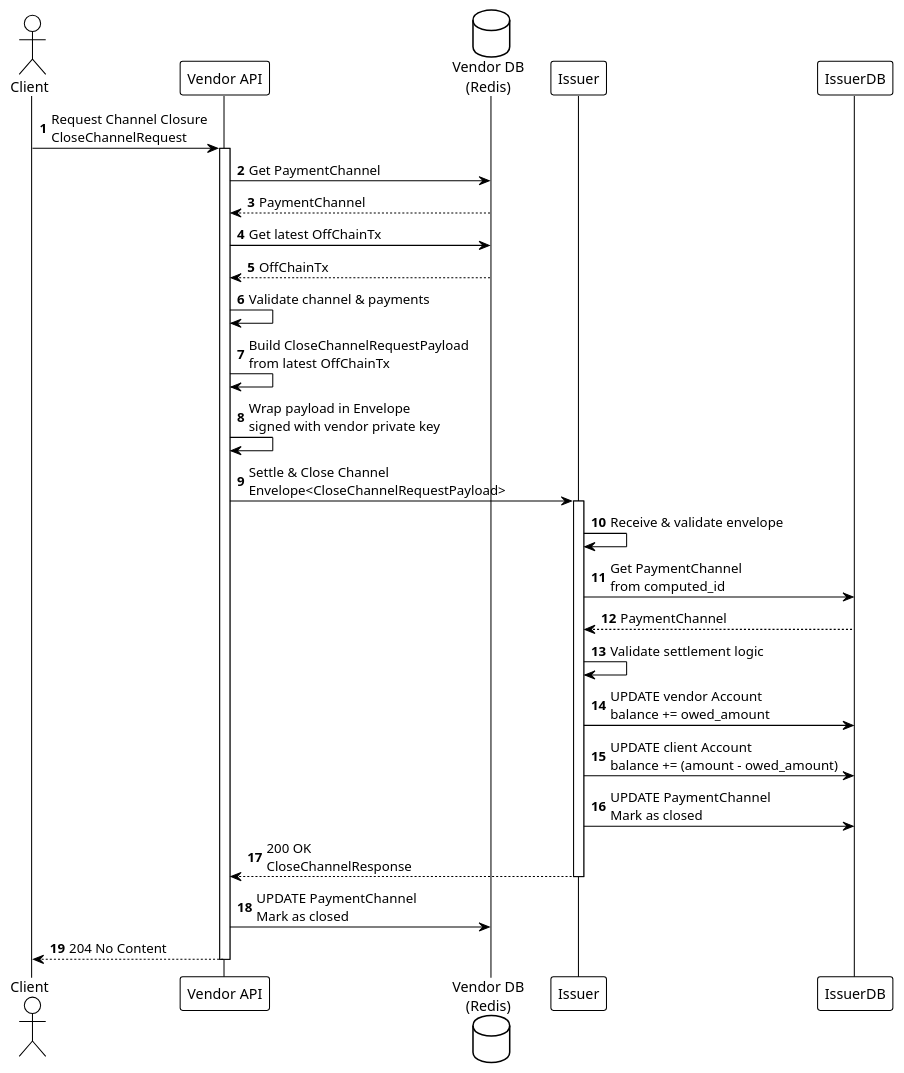
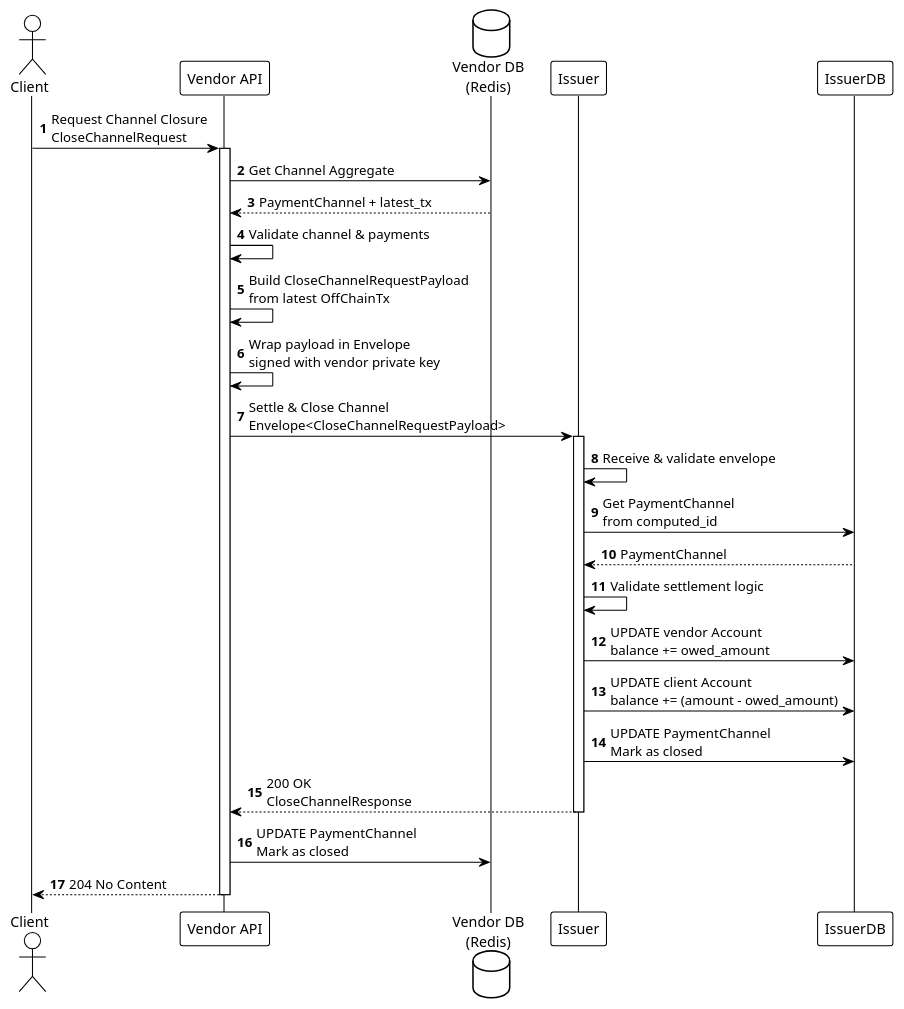
One commit to otaviootavio/nanomoni changed the diagram in umls/phase3-closure-initiation.puml. Above: the diagram before and after it, drawn with PlantUML. The commit also changed 23 other files, not shown here.

```diff
--- a/umls/phase3-closure-initiation.puml
+++ b/umls/phase3-closure-initiation.puml
@@ -1,45 +1,42 @@
 @startuml Phase3a_Closure_Initiation
 
 !theme plain
 autonumber
 
 actor "Client" as Client
 participant "Vendor API" as Vendor
 database "Vendor DB\n(Redis)" as VendorDB
 
 Client -> Vendor: Request Channel Closure\nCloseChannelRequest
 activate Vendor
 
-Vendor -> VendorDB: Get PaymentChannel
-VendorDB --> Vendor: PaymentChannel
-
-Vendor -> VendorDB: Get latest OffChainTx
-VendorDB --> Vendor: OffChainTx
+Vendor -> VendorDB: Get Channel Aggregate
+VendorDB --> Vendor: PaymentChannel + latest_tx
 
 Vendor -> Vendor: Validate channel & payments
 
 Vendor -> Vendor: Build CloseChannelRequestPayload\nfrom latest OffChainTx
 Vendor -> Vendor: Wrap payload in Envelope\nsigned with vendor private key
 
 Vendor -> Issuer: Settle & Close Channel\nEnvelope<CloseChannelRequestPayload>
 activate Issuer
 
 Issuer -> Issuer: Receive & validate envelope
 
 Issuer -> IssuerDB: Get PaymentChannel \nfrom computed_id
 IssuerDB --> Issuer: PaymentChannel
 
 Issuer -> Issuer: Validate settlement logic
 
 Issuer -> IssuerDB: UPDATE vendor Account\nbalance += owed_amount
 Issuer -> IssuerDB: UPDATE client Account\nbalance += (amount - owed_amount)
 Issuer -> IssuerDB: UPDATE PaymentChannel\nMark as closed
 
 Issuer --> Vendor: 200 OK\nCloseChannelResponse
 deactivate Issuer
 
 Vendor -> VendorDB: UPDATE PaymentChannel\nMark as closed
 Vendor --> Client: 204 No Content
 deactivate Vendor
 
 @enduml
```
